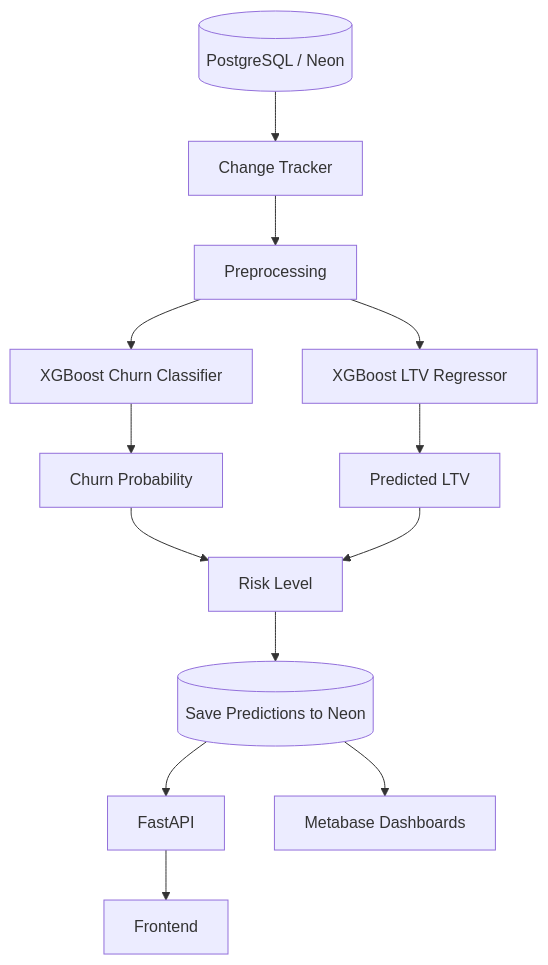
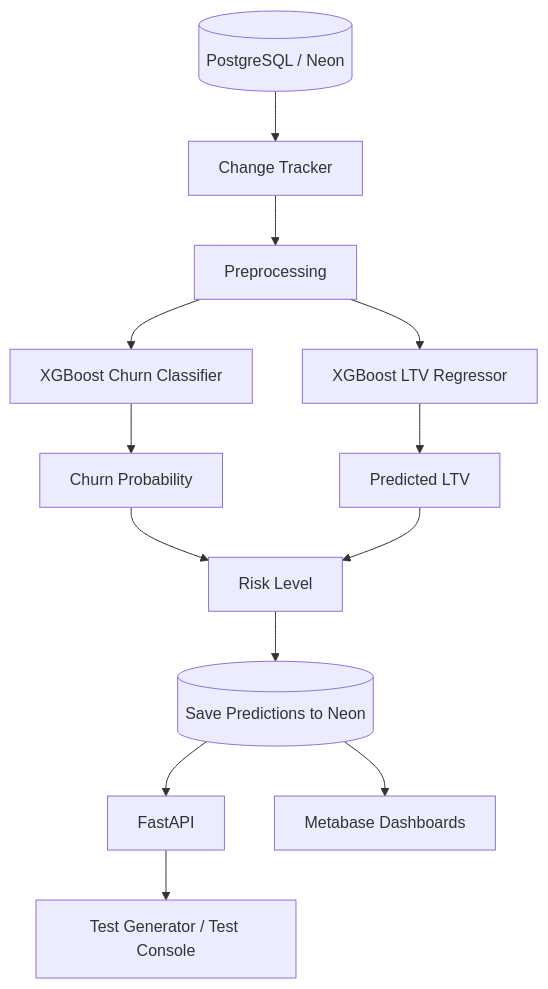
Before and after one commit to Tharuni-23/Customer-Churn-Prediction-And-Lifetime-Value-LTV-Engine: the first of 12 diagrams in README.md, drawn with Mermaid. The commit also changed other lines of this file and 5 other files, not shown here.

````diff
--- a/README.md
+++ b/README.md
@@ -22,15 +22,15 @@
 ```mermaid
 flowchart TD
     A[(PostgreSQL / Neon)] --> B[Change Tracker]
     B --> C[Preprocessing]
     C --> D[XGBoost Churn Classifier]
     C --> E[XGBoost LTV Regressor]
     D --> F[Churn Probability]
     E --> G[Predicted LTV]
     F --> H[Risk Level]
     G --> H
     H --> I[(Save Predictions to Neon)]
     I --> J[FastAPI]
-    J --> K[Frontend]
+    J --> K[Test Generator / Test Console]
     I --> L[Metabase Dashboards]
 ```
````
